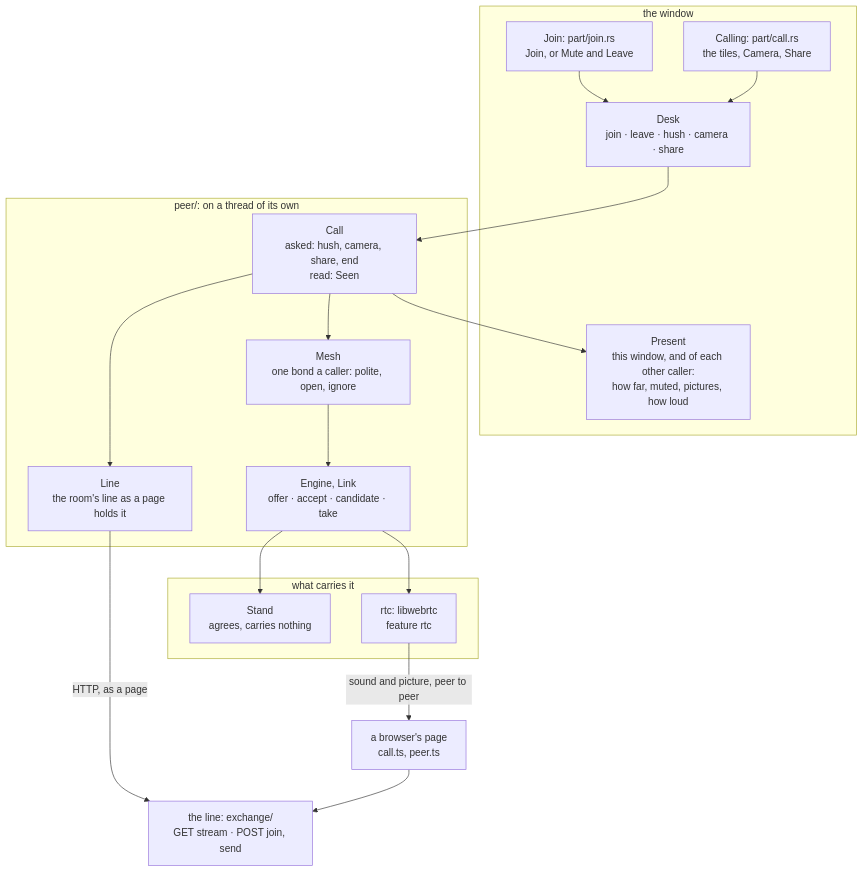
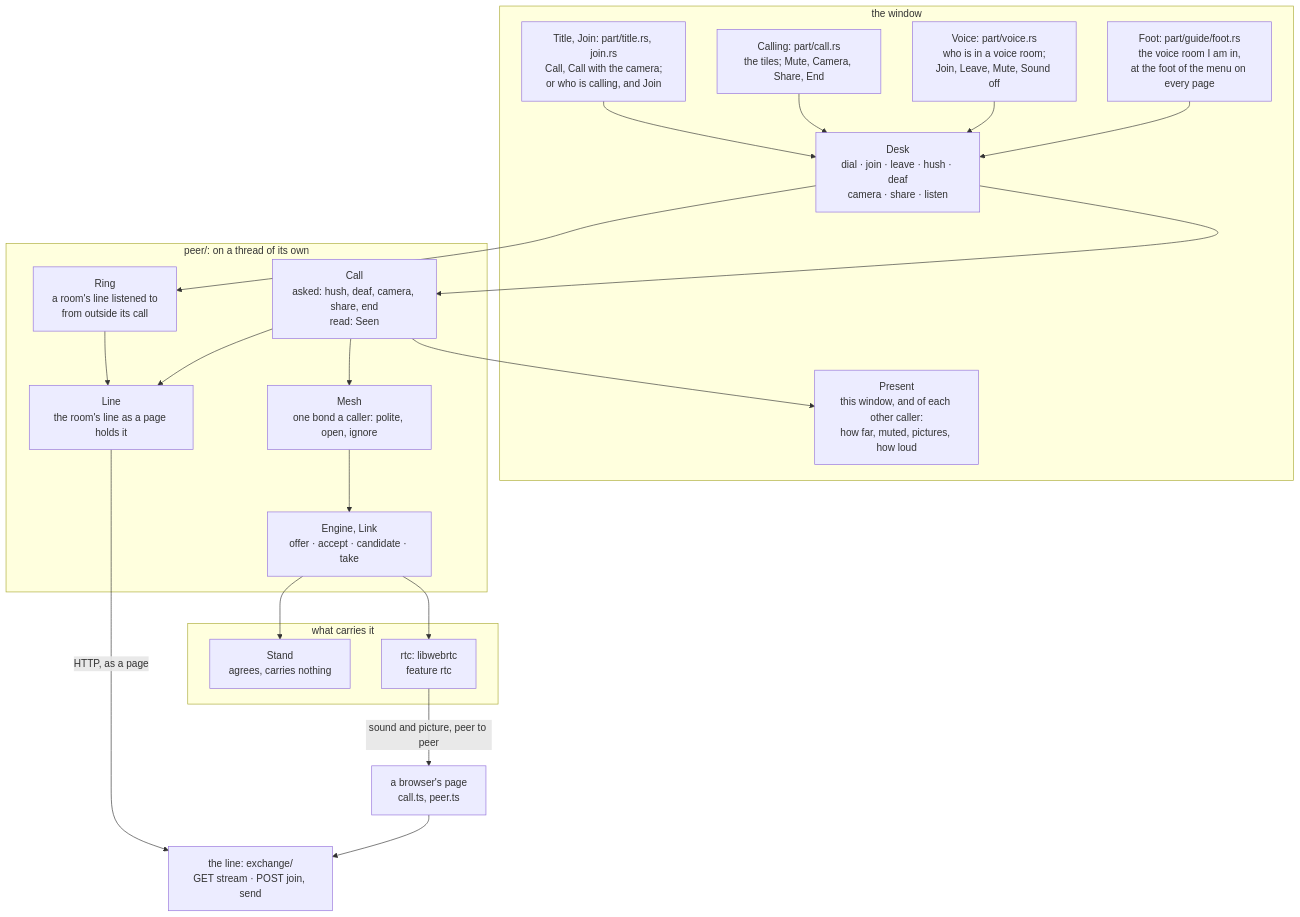
The ninth of 13 diagrams in crates/appkit/app/phiogy/ARCHITECTURE.md (gemphi/phikit), drawn with Mermaid before and after one commit. The commit also changed other lines of this file and 1007 other files, not shown here.

````diff
--- a/crates/appkit/app/phiogy/ARCHITECTURE.md
+++ b/crates/appkit/app/phiogy/ARCHITECTURE.md
@@ -258,31 +258,37 @@
 ```mermaid
 graph TB
     subgraph win["the window"]
-        j_pill["Join: part/join.rs<br/>Join, or Mute and Leave"]
-        j_call["Calling: part/call.rs<br/>the tiles, Camera, Share"]
-        j_desk["Desk<br/>join · leave · hush · camera · share"]
+        j_pill["Title, Join: part/title.rs, join.rs<br/>Call, Call with the camera;<br/>or who is calling, and Join"]
+        j_call["Calling: part/call.rs<br/>the tiles; Mute, Camera, Share, End"]
+        j_voice["Voice: part/voice.rs<br/>who is in a voice room;<br/>Join, Leave, Mute, Sound off"]
+        j_foot["Foot: part/guide/foot.rs<br/>the voice room I am in,<br/>at the foot of the menu on every page"]
+        j_desk["Desk<br/>dial · join · leave · hush · deaf<br/>camera · share · listen"]
         j_present["Present<br/>this window, and of each other caller:<br/>how far, muted, pictures, how loud"]
     end
     subgraph peer["peer/: on a thread of its own"]
-        p_call["Call<br/>asked: hush, camera, share, end<br/>read: Seen"]
+        p_call["Call<br/>asked: hush, deaf, camera, share, end<br/>read: Seen"]
+        p_ring["Ring<br/>a room's line listened to<br/>from outside its call"]
         p_line["Line<br/>the room's line as a page holds it"]
         p_mesh["Mesh<br/>one bond a caller: polite, open, ignore"]
         p_engine["Engine, Link<br/>offer · accept · candidate · take"]
     end
     subgraph carry["what carries it"]
         c_stand["Stand<br/>agrees, carries nothing"]
         c_rtc["rtc: libwebrtc<br/>feature rtc"]
     end
     line["the line: exchange/<br/>GET stream · POST join, send"]
     page["a browser's page<br/>call.ts, peer.ts"]
     j_pill --> j_desk --> p_call
     j_call --> j_desk
+    j_voice --> j_desk
+    j_foot --> j_desk
+    j_desk --> p_ring --> p_line
     p_call --> j_present
     p_call --> p_line
     p_call --> p_mesh --> p_engine
     p_engine --> c_stand
     p_engine --> c_rtc
     p_line -- "HTTP, as a page" --> line
     page --> line
     c_rtc -- "sound and picture, peer to peer" --> page
 ```
````
